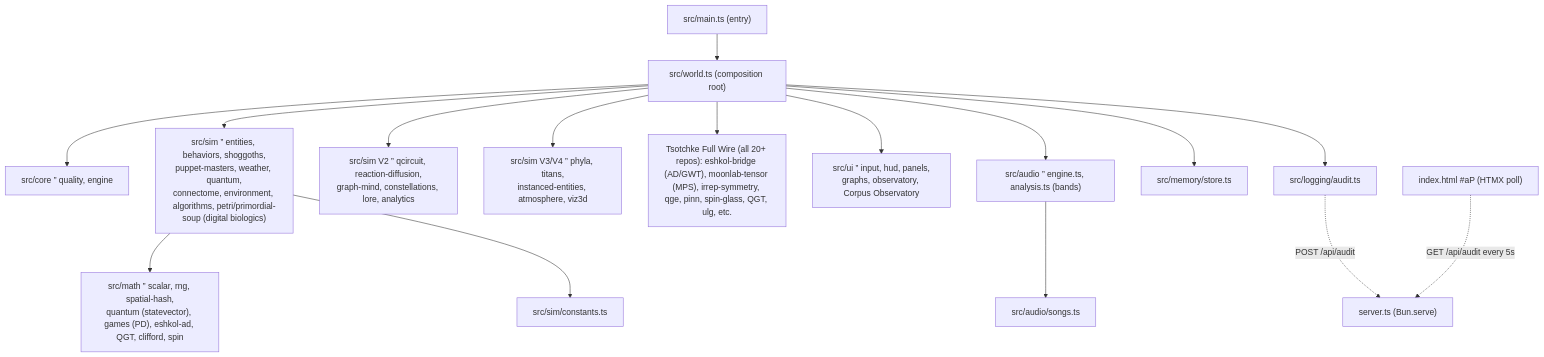
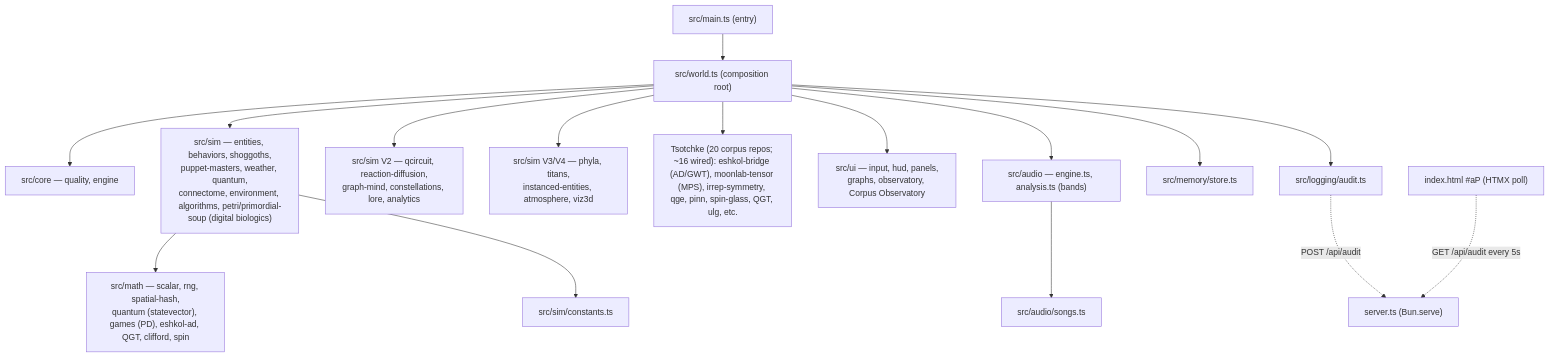
The diagram in README.md (0thernes/cosmogonic-quantum-mechalogodrom), drawn with Mermaid before and after one commit. The commit also changed other lines of this file, not shown here.

````diff
--- a/README.md
+++ b/README.md
@@ -479,18 +479,18 @@
 ```mermaid
 graph TD
   main["src/main.ts (entry)"] --> world["src/world.ts (composition root)"]
-  world --> core["src/core ” quality, engine"]
-  world --> sim["src/sim ” entities, behaviors, shoggoths,\npuppet-masters, weather, quantum,\nconnectome, environment, algorithms, petri/primordial-soup (digital biologics)"]
-  world --> v2["src/sim V2 ” qcircuit, reaction-diffusion,\ngraph-mind, constellations, lore, analytics"]
-  world --> v34["src/sim V3/V4 ” phyla, titans,\ninstanced-entities, atmosphere, viz3d"]
-  world --> tsotchke["Tsotchke Full Wire (all 20+ repos): eshkol-bridge (AD/GWT), moonlab-tensor (MPS), irrep-symmetry, qge, pinn, spin-glass, QGT, ulg, etc."]
-  world --> ui["src/ui ” input, hud, panels,\ngraphs, observatory, Corpus Observatory"]
-  world --> audio["src/audio ” engine.ts, analysis.ts (bands)"]
+  world --> core["src/core — quality, engine"]
+  world --> sim["src/sim — entities, behaviors, shoggoths,\npuppet-masters, weather, quantum,\nconnectome, environment, algorithms, petri/primordial-soup (digital biologics)"]
+  world --> v2["src/sim V2 — qcircuit, reaction-diffusion,\ngraph-mind, constellations, lore, analytics"]
+  world --> v34["src/sim V3/V4 — phyla, titans,\ninstanced-entities, atmosphere, viz3d"]
+  world --> tsotchke["Tsotchke (20 corpus repos; ~16 wired): eshkol-bridge (AD/GWT), moonlab-tensor (MPS), irrep-symmetry, qge, pinn, spin-glass, QGT, ulg, etc."]
+  world --> ui["src/ui — input, hud, panels,\ngraphs, observatory, Corpus Observatory"]
+  world --> audio["src/audio — engine.ts, analysis.ts (bands)"]
   world --> mem["src/memory/store.ts"]
   world --> audit["src/logging/audit.ts"]
-  sim --> math["src/math ” scalar, rng, spatial-hash,\nquantum (statevector), games (PD), eshkol-ad, QGT, clifford, spin"]
+  sim --> math["src/math — scalar, rng, spatial-hash,\nquantum (statevector), games (PD), eshkol-ad, QGT, clifford, spin"]
   sim --> constants["src/sim/constants.ts"]
   audio --> songs["src/audio/songs.ts"]
   audit -. "POST /api/audit" .-> server["server.ts (Bun.serve)"]
   htmx["index.html #aP (HTMX poll)"] -. "GET /api/audit every 5s" .-> server
 ```
````
